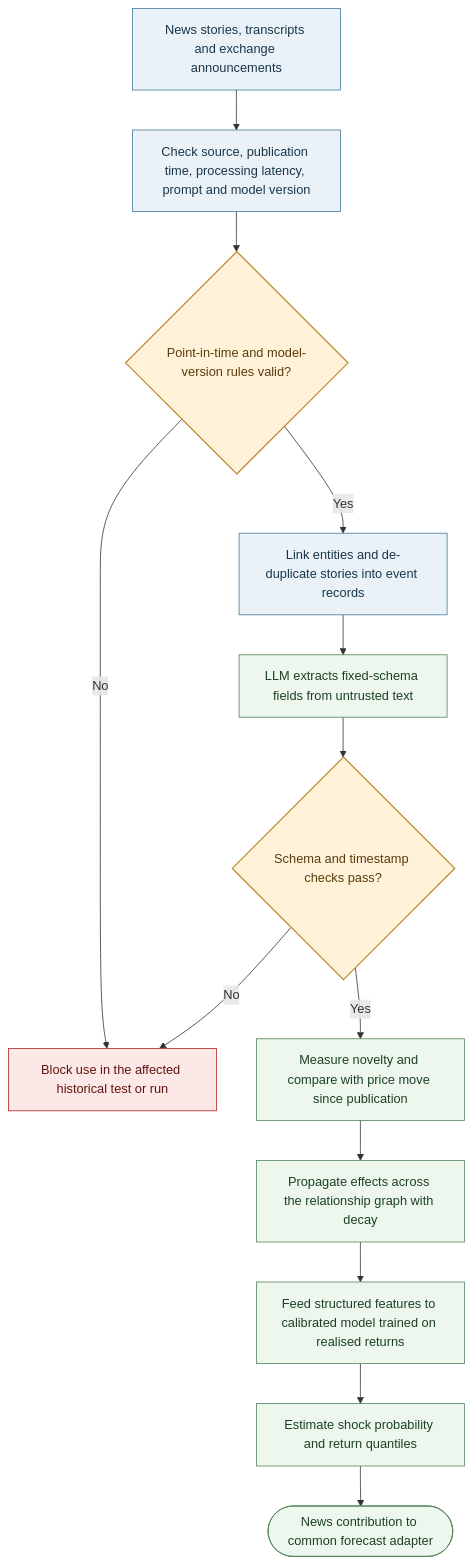
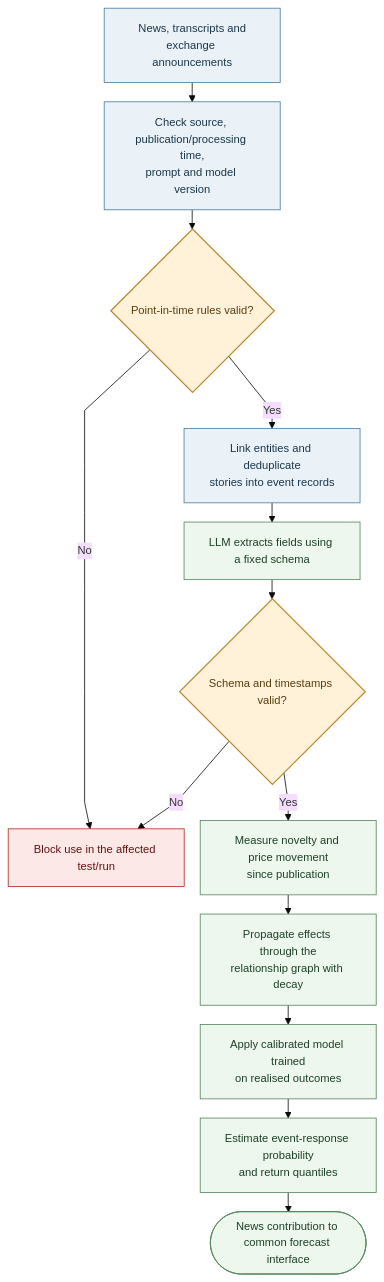
The ninth of 15 diagrams in AQP OVERVIEW.md (dannysilverio6-creator/AQP---LSEG), drawn with Mermaid before and after one commit. The commit also changed other lines of this file, not shown here.

````diff
--- a/AQP OVERVIEW.md
+++ b/AQP OVERVIEW.md
@@ -500,24 +528,24 @@
 ```mermaid
+%%{init: {"theme": "base", "flowchart": {"nodeSpacing": 20, "rankSpacing": 24, "wrappingWidth": 160, "diagramPadding": 24, "curve": "linear"}, "themeVariables": {"fontSize": "14px"}}}%%
 flowchart TB
-    A[News stories, transcripts and exchange announcements] --> B[Check source, publication time, processing latency, prompt and model version]
-    B --> C{Point-in-time and model-version rules valid?}
-    C -->|No| X[Block use in the affected historical test or run]
-    C -->|Yes| D[Link entities and de-duplicate stories into event records]
-    D --> E[LLM extracts fixed-schema fields from untrusted text]
-    E --> F{Schema and timestamp checks pass?}
+    A["News, transcripts and<br/>exchange announcements"] --> B["Check source, publication/processing time,<br/>prompt and model version"]
+    B --> C{Point-in-time rules valid?}
+    C -->|No| X[Block use in the affected test/run]
+    C -->|Yes| D["Link entities and deduplicate<br/>stories into event records"]
+    D --> E["LLM extracts fields using a fixed schema"]
+    E --> F{Schema and timestamps valid?}
     F -->|No| X
-    F -->|Yes| G[Measure novelty and compare with price move since publication]
-    G --> H[Propagate effects across the relationship graph with decay]
-    H --> I[Feed structured features to calibrated model trained on realised returns]
-    I --> J[Estimate shock probability and return quantiles]
-    J --> K([News contribution to common forecast adapter])
-
+    F -->|Yes| G["Measure novelty and price movement<br/>since publication"]
+    G --> H["Propagate effects through the<br/>relationship graph with decay"]
+    H --> I["Apply calibrated model trained<br/>on realised outcomes"]
+    I --> J["Estimate event-response probability<br/>and return quantiles"]
+    J --> K([News contribution to common forecast interface])
     classDef data fill:#eaf2f8,stroke:#477b9e,color:#19364a;
     classDef model fill:#edf7ed,stroke:#54845e,color:#1d4026;
     classDef gate fill:#fff2d9,stroke:#b9862b,color:#593c0c,stroke-width:1.5px;
     classDef stop fill:#fce8e6,stroke:#b3261e,color:#5f1410;
     class A,B,D data;
     class E,G,H,I,J,K model;
     class C,F gate;
     class X stop;
 ```
````
